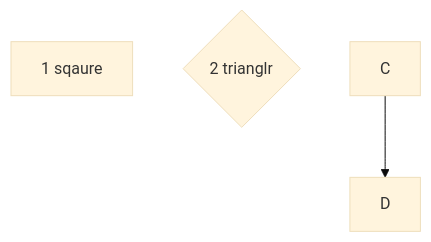
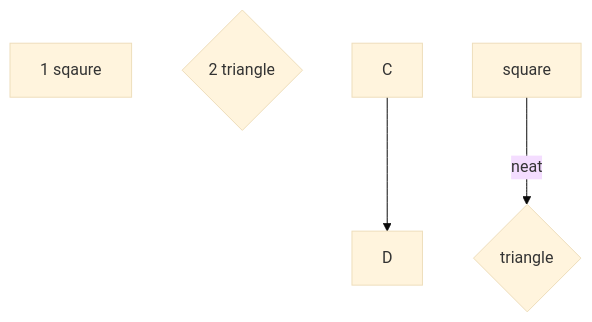
One commit to ikarabag1/entity-relationship-diagrams changed the diagram in README.md. Above: the diagram before and after it, drawn with Mermaid (base theme).

````diff
--- a/README.md
+++ b/README.md
@@ -4,6 +4,7 @@
 ```mermaid
 flowchart TD;
   A[1 sqaure];
-  B{2 trianglr};
+  B{2 triangle};
   C --> D;
+  E[square] -- neat --> F{triangle};
 ```
````
